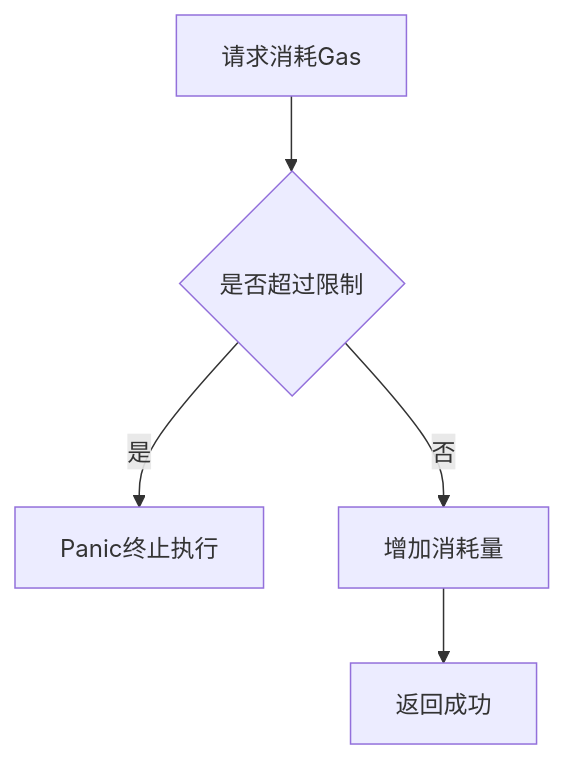
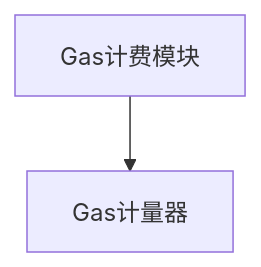
The first of 3 diagrams in docs/detailed_design/gas_metering_detailed_design.md (lengzhao/vm), drawn with Mermaid before and after one commit. The commit also changed other lines of this file and 11 other files, not shown here.

````diff
--- a/docs/detailed_design/gas_metering_detailed_design.md
+++ b/docs/detailed_design/gas_metering_detailed_design.md
@@ -63,7 +22,4 @@
 ```mermaid
 graph TD
-A[请求消耗Gas] --> B{是否超过限制}
-B --> |是| C[Panic终止执行]
-B --> |否| D[增加消耗量]
-D --> E[返回成功]
+A[Gas计费模块] --> B[Gas计量器]
 ```
````
